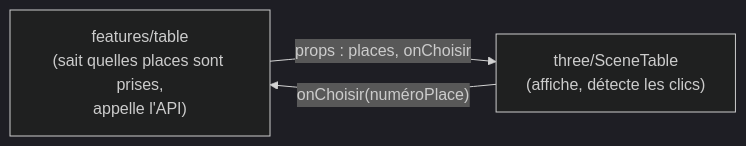
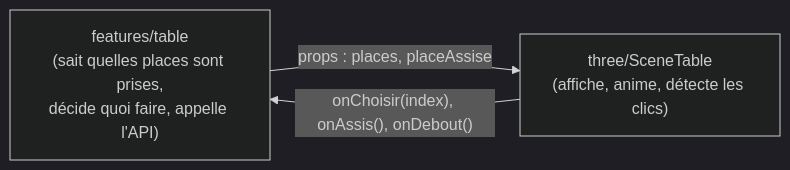
The second of 2 diagrams in frontend/src/three/README.md (Les-razmokets/42-transcendence), drawn with Mermaid (dark theme) before and after one commit. The commit also changed other lines of this file and 3 other files, not shown here.

````diff
--- a/frontend/src/three/README.md
+++ b/frontend/src/three/README.md
@@ -58,5 +67,5 @@
 ```mermaid
 flowchart LR
-    F["features/table<br/>(sait quelles places sont prises,<br/>appelle l'API)"] -->|props : places, onChoisir| S["three/SceneTable<br/>(affiche, détecte les clics)"]
-    S -->|"onChoisir(numéroPlace)"| F
+    F["features/table<br/>(sait quelles places sont prises,<br/>décide quoi faire, appelle l'API)"] -->|"props : places, placeAssise"| S["three/SceneTable<br/>(affiche, anime, détecte les clics)"]
+    S -->|"onChoisir(index), onAssis(), onDebout()"| F
 ```
````
